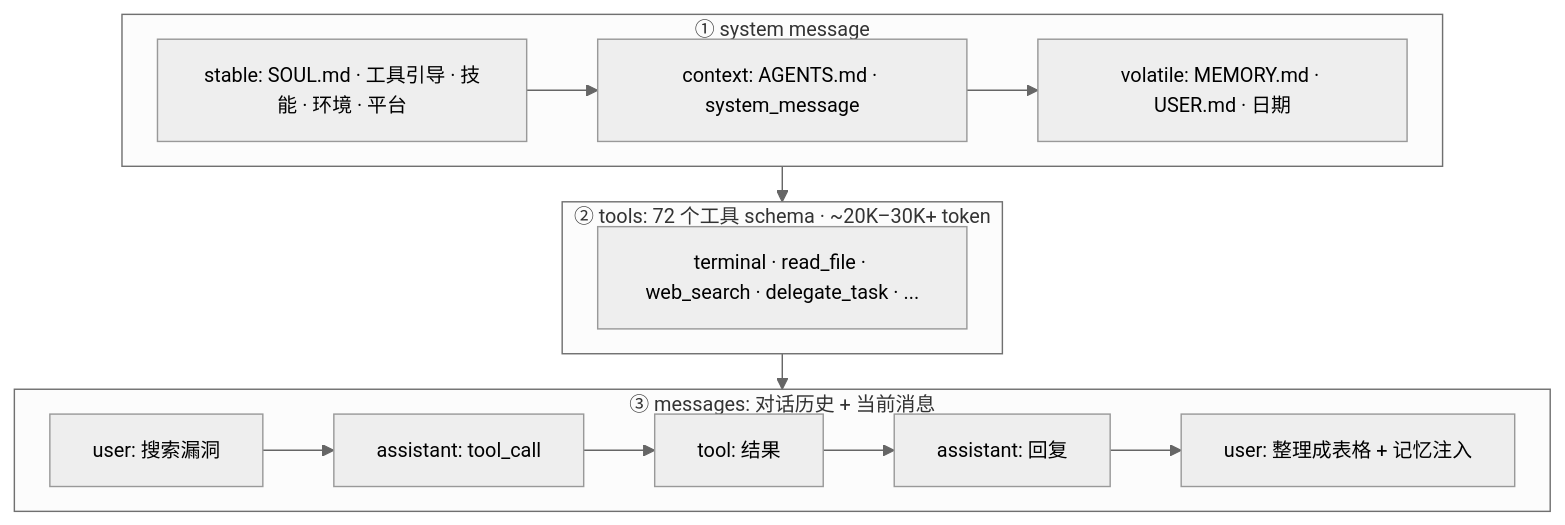
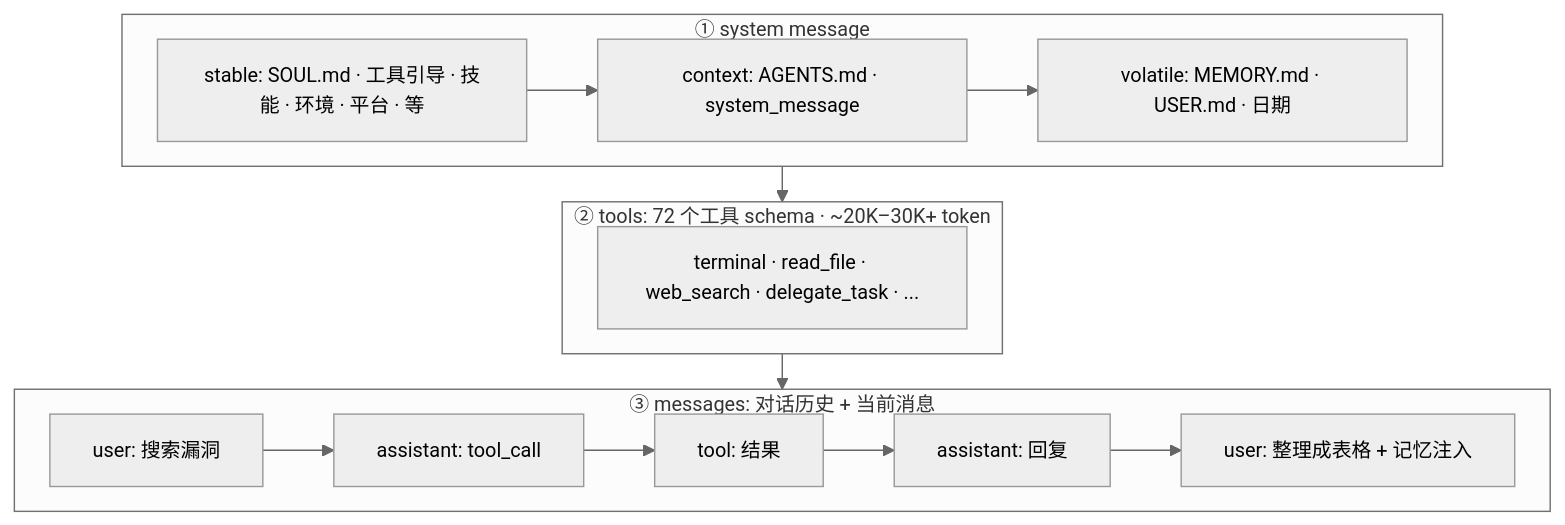
One commit to fang-lin/hermes-agent-code-analysis changed the fourth of 9 diagrams in docs/zh/02-Agent核心.md. Above: the diagram before and after it, drawn with Mermaid. The commit also changed other lines of this file and 3 other files, not shown here.

First line of the commit message:
图表交叉验证修正：凭证状态 3→2、中断图改链式、stable 层加省略标注

````diff
--- a/docs/zh/02-Agent核心.md
+++ b/docs/zh/02-Agent核心.md
@@ -214,19 +214,19 @@
 ```mermaid
 %%{init: {"theme": "neutral", "themeVariables": {"fontSize": "14px"}, "flowchart": {"nodeSpacing": 15, "rankSpacing": 25}}}%%
 flowchart TD
     subgraph SYS ["① system message"]
         direction LR
-        STABLE["stable: SOUL.md · 工具引导 · 技能 · 环境 · 平台"] --> CONTEXT["context: AGENTS.md · system_message"] --> VOLATILE["volatile: MEMORY.md · USER.md · 日期"]
+        STABLE["stable: SOUL.md · 工具引导 · 技能 · 环境 · 平台 · 等"] --> CONTEXT["context: AGENTS.md · system_message"] --> VOLATILE["volatile: MEMORY.md · USER.md · 日期"]
     end
 
     subgraph TOOLS_S ["② tools: 72 个工具 schema · ~20K–30K+ token"]
         T1["terminal · read_file · web_search · delegate_task · ..."]
     end
 
     subgraph MSGS ["③ messages: 对话历史 + 当前消息"]
         direction LR
         H1["user: 搜索漏洞"] --> H2["assistant: tool_call"] --> H3["tool: 结果"] --> H4["assistant: 回复"] --> H5["user: 整理成表格 + 记忆注入"]
     end
 
     SYS --> TOOLS_S --> MSGS
 ```
````
